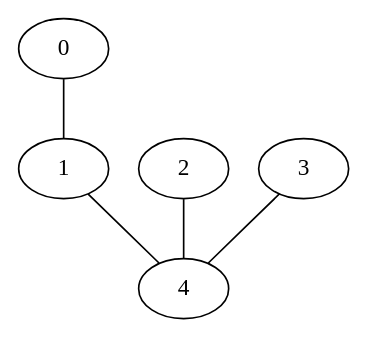
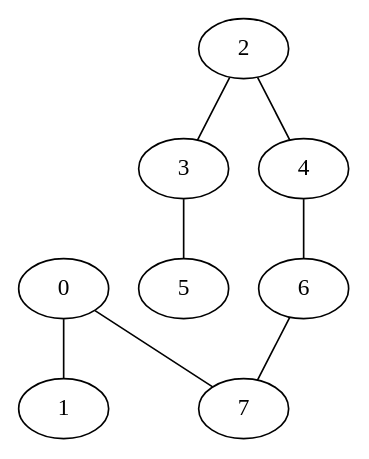
Before and after one commit to amkham/city_graf: the diagram in files/input/dijkstra.dot, drawn with Graphviz. The commit also changed 8 other files, not shown here.

```diff
--- a/files/input/dijkstra.dot
+++ b/files/input/dijkstra.dot
@@ -1,6 +1,9 @@
 graph G {
 0 -- 1;
-1 -- 4;
+0 -- 7;
+2 -- 3;
 2 -- 4;
-3 -- 4;
+3 -- 5;
+4 -- 6;
+6 -- 7;
 }
```
